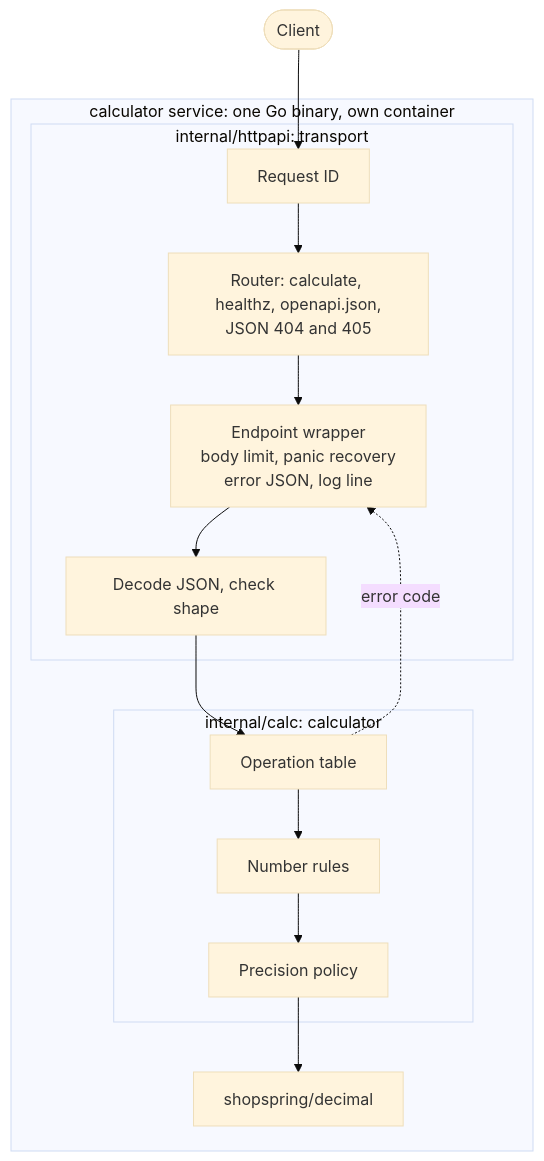
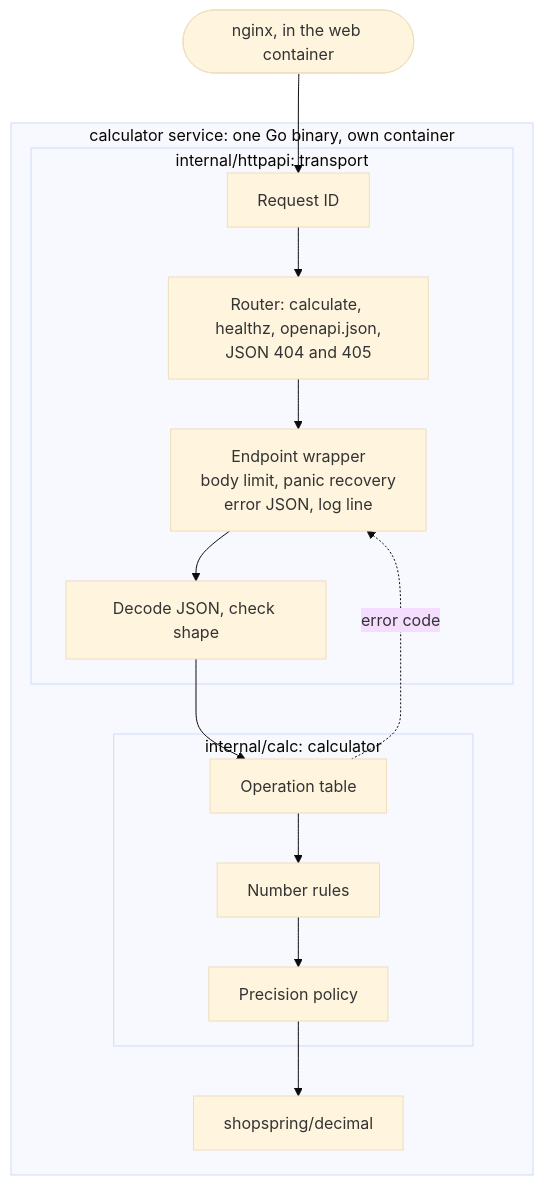
One commit to FurkanCodes/calculator changed the second of 3 diagrams in README.md. Above: the diagram before and after it, drawn with Mermaid (base theme). The commit also changed other lines of this file and 18 other files, not shown here.

Commit message:
Add the nginx web container and Swagger UI at /docs/

````diff
--- a/README.md
+++ b/README.md
@@ -184,21 +223,21 @@
 ```mermaid
 flowchart TB
-    client(["Client"])
+    client(["nginx, in the web container"])
     subgraph service["calculator service: one Go binary, own container"]
         subgraph transport["internal/httpapi: transport"]
             rid["Request ID"]
             router["Router: calculate, healthz, openapi.json,<br/>JSON 404 and 405"]
             endpoint["Endpoint wrapper<br/>body limit, panic recovery<br/>error JSON, log line"]
             decode["Decode JSON, check shape"]
         end
         subgraph calculator["internal/calc: calculator"]
             dispatch["Operation table"]
             numbers["Number rules"]
             policy["Precision policy"]
         end
         decimal["shopspring/decimal"]
     end
     client --> rid --> router --> endpoint --> decode --> dispatch
     dispatch --> numbers --> policy --> decimal
     dispatch -.->|"error code"| endpoint
 ```
````
